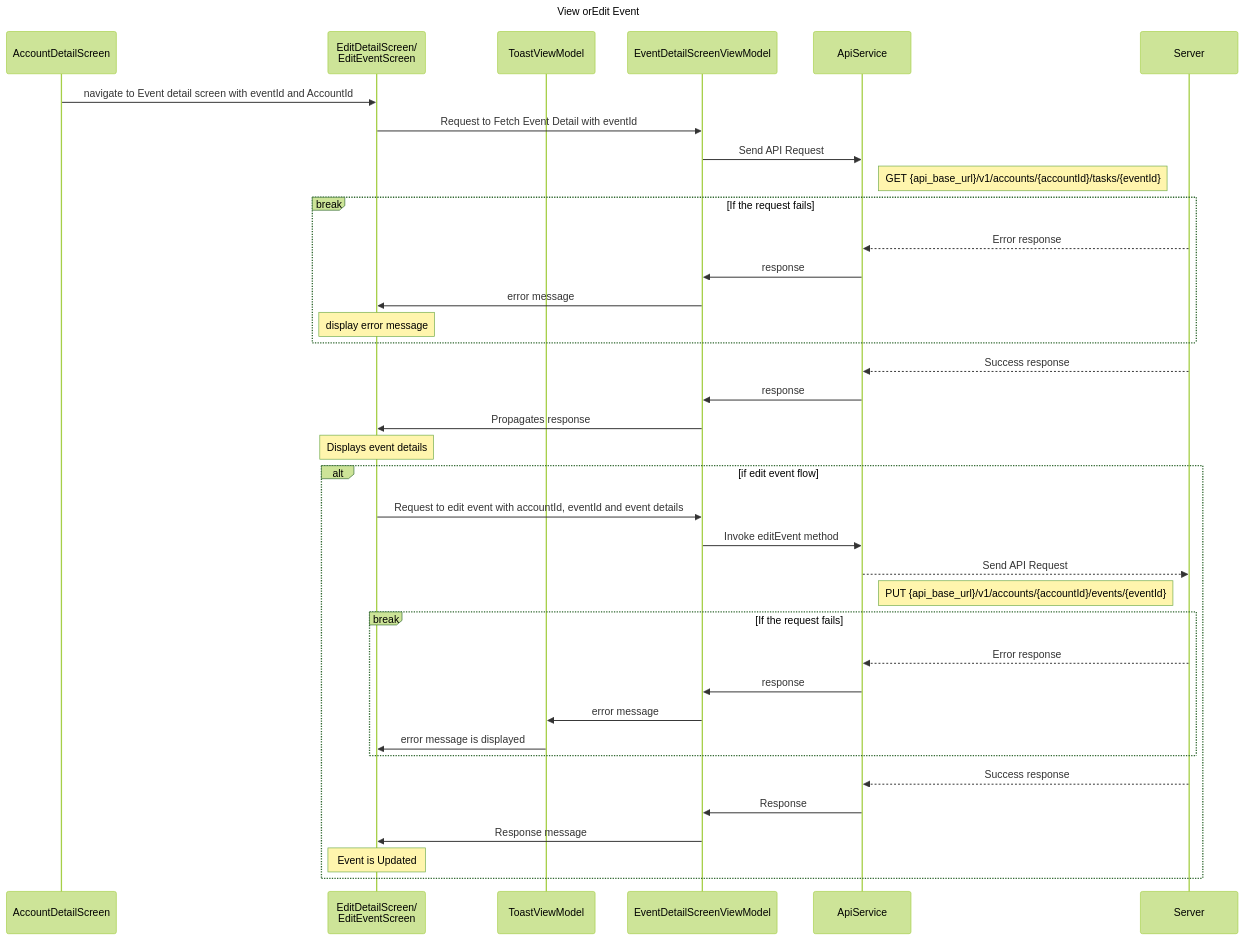
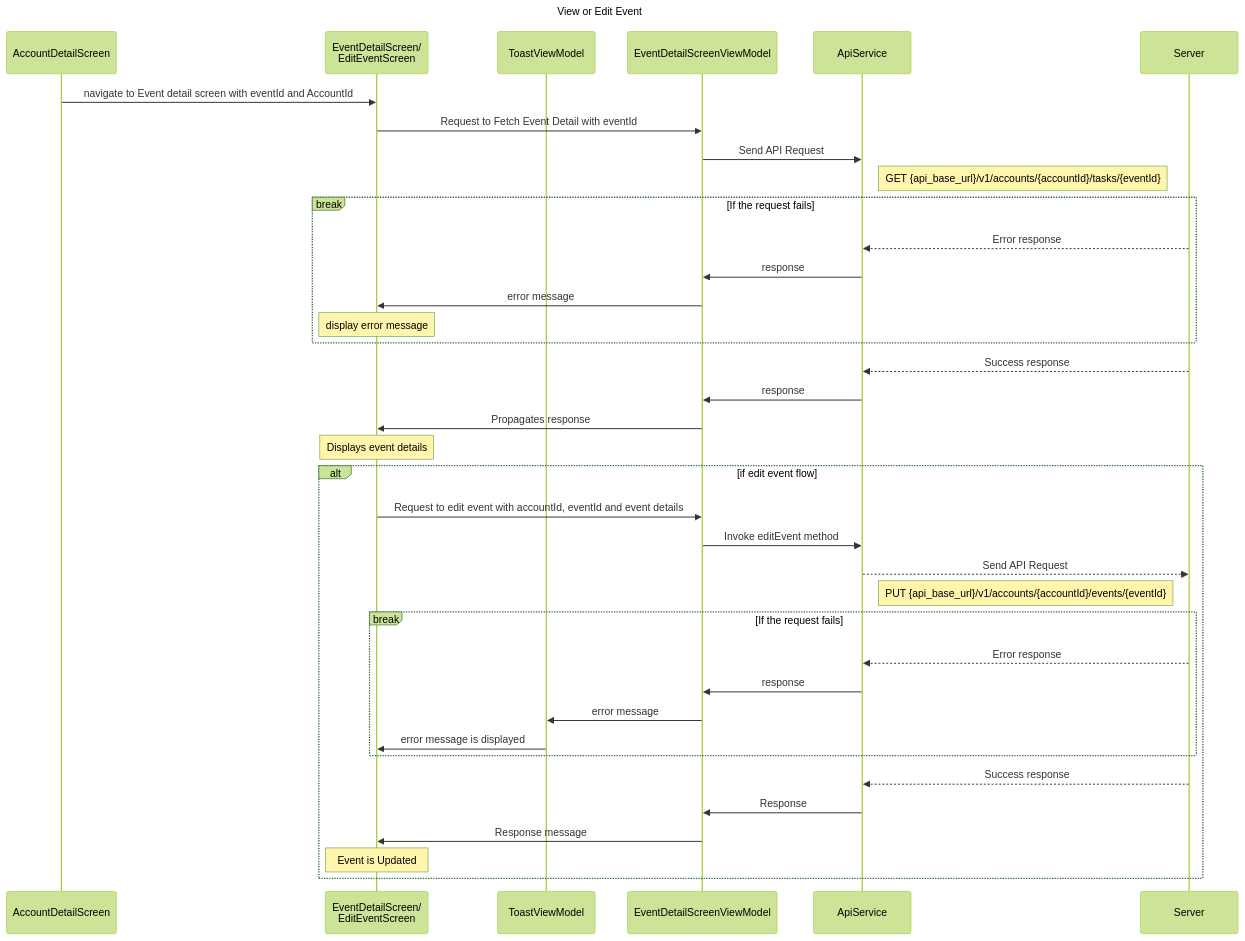
One commit to TrueSparrowSystems/AI-SalesSparrow-Docs changed the diagram in flowDiagrams/IOS/EventDetailScreen.mermaid. Above: the diagram before and after it, drawn with Mermaid (forest theme). The commit also changed 1 other file, not shown here.

```diff
--- a/flowDiagrams/IOS/EventDetailScreen.mermaid
+++ b/flowDiagrams/IOS/EventDetailScreen.mermaid
@@ -1,46 +1,46 @@
 sequenceDiagram
-    title View orEdit Event
+    title View or Edit Event
 
     participant ADS as AccountDetailScreen
-    participant EDS as EditDetailScreen/<br>EditEventScreen
+    participant EDS as EventDetailScreen/<br>EditEventScreen
     participant TVM as ToastViewModel
     participant EDSVM as EventDetailScreenViewModel
     participant AS as ApiService
     participant S as Server
 
 
     ADS ->> EDS: navigate to Event detail screen with eventId and AccountId
     EDS ->> EDSVM: Request to Fetch Event Detail with eventId
     EDSVM ->> AS: Send API Request
     note right of AS: GET {api_base_url}/v1/accounts/{accountId}/tasks/{eventId}
 
     break If the request fails
         S-->>AS: Error response
         AS->>EDSVM: response
         EDSVM->>EDS: error message
         note over EDS: display error message
     end
 
     S-->>AS: Success response
     AS->>EDSVM: response
     EDSVM->>EDS: Propagates response
     note over EDS: Displays event details
     
     alt if edit event flow
         EDS->>EDSVM: Request to edit event with accountId, eventId and event details
         EDSVM->>AS: Invoke editEvent method
         AS-->>S: Send API Request
         note right of AS: PUT {api_base_url}/v1/accounts/{accountId}/events/{eventId}
 
         break If the request fails
             S-->>AS: Error response
             AS->>EDSVM: response
             EDSVM->>TVM: error message
             TVM->>EDS: error message is displayed
         end
 
         S-->>AS: Success response
         AS->>EDSVM: Response
         EDSVM->>EDS: Response message
         note over EDS: Event is Updated
     end
```
